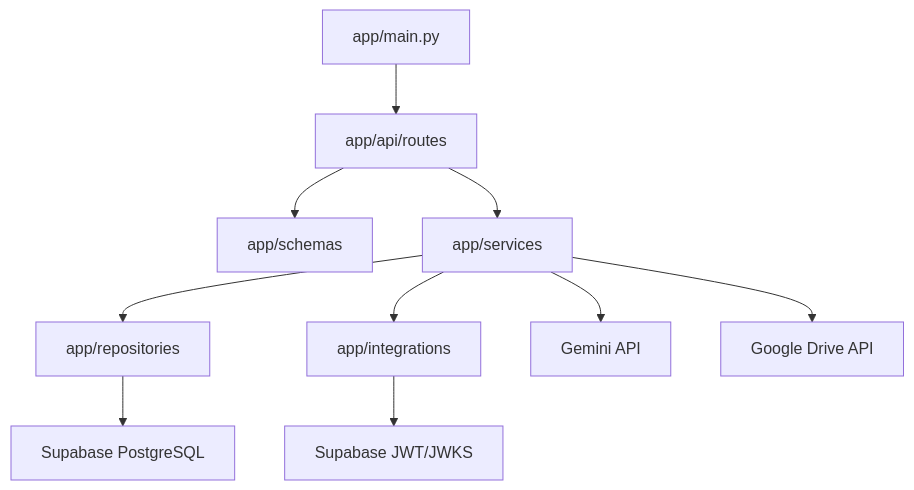
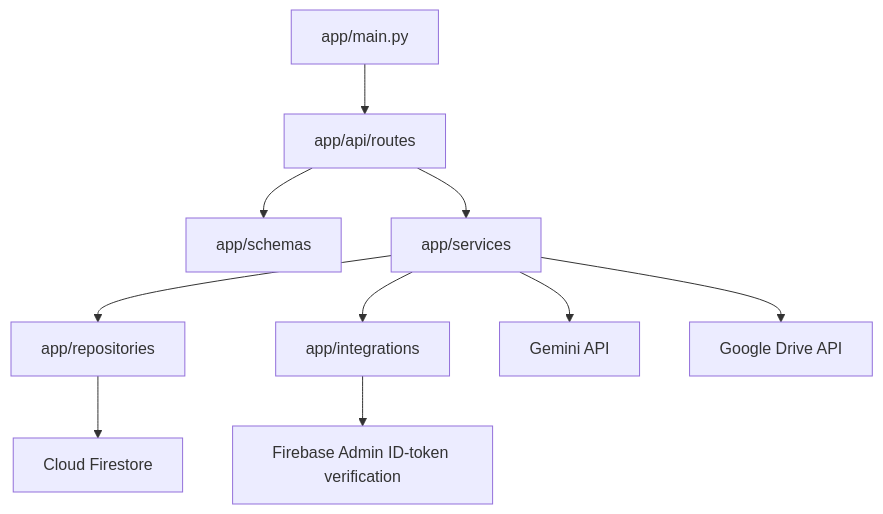
The third of 4 diagrams in Document/01-Tai-Lieu-Du-An/02-kien-truc-he-thong.md (TechFutureAIFPT/TechFutureAI), drawn with Mermaid before and after one commit. The commit also changed other lines of this file and 38 other files, not shown here.

````diff
--- a/Document/01-Tai-Lieu-Du-An/02-kien-truc-he-thong.md
+++ b/Document/01-Tai-Lieu-Du-An/02-kien-truc-he-thong.md
@@ -91,12 +91,12 @@
 ```mermaid
 flowchart TB
     MAIN["app/main.py"] --> ROUTES["app/api/routes"]
     ROUTES --> SCHEMAS["app/schemas"]
     ROUTES --> SERVICES["app/services"]
     SERVICES --> REPOS["app/repositories"]
     SERVICES --> INTEG["app/integrations"]
-    REPOS --> POSTGRES["Supabase PostgreSQL"]
-    INTEG --> SUPABASE["Supabase JWT/JWKS"]
+    REPOS --> POSTGRES["Cloud Firestore"]
+    INTEG --> FIREBASE["Firebase Admin ID-token verification"]
     SERVICES --> GEMINI["Gemini API"]
     SERVICES --> DRIVE["Google Drive API"]
 ```
````
